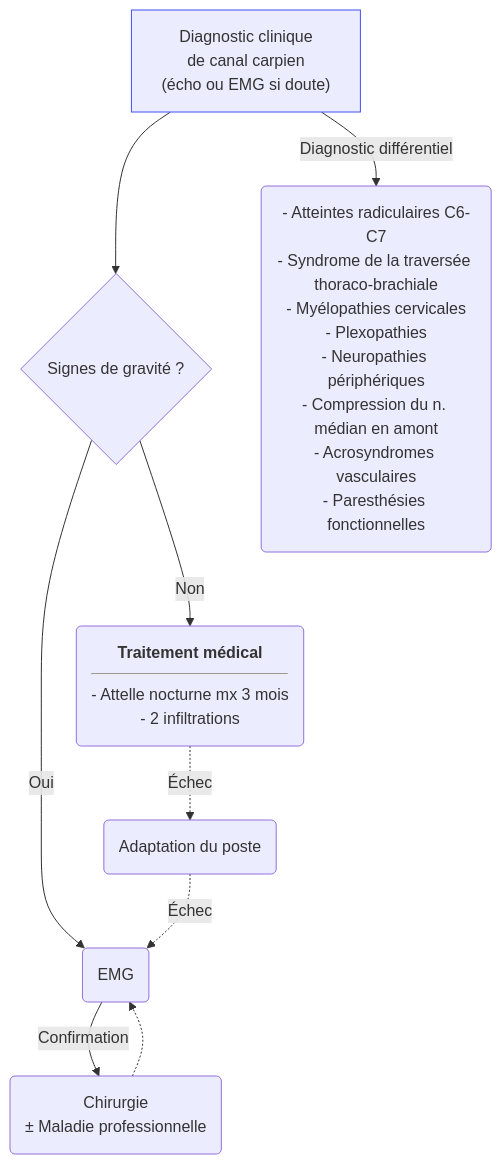
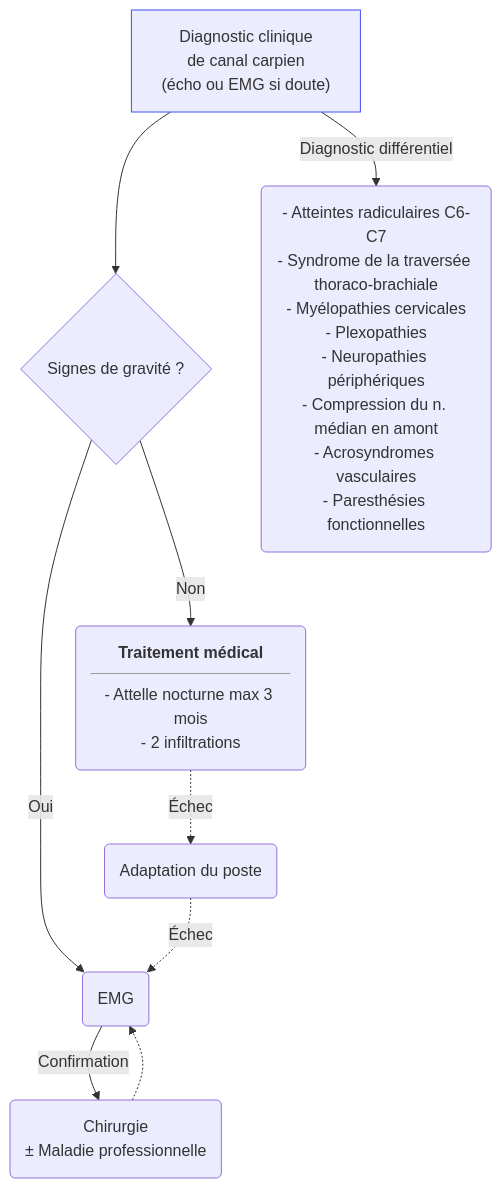
Before and after one commit to djibe/recommandations-medicales: the diagram in content/recommandations/syndrome-canal-carpien.md, drawn with Mermaid. The commit also changed 9 other files, not shown here.

```diff
--- a/content/recommandations/syndrome-canal-carpien.md
+++ b/content/recommandations/syndrome-canal-carpien.md
@@ -233,8 +233,8 @@
 {{< mermaid title="Conduite à tenir devant un syndrome du canal carpien. Dr JB Fron d'après HAS 2013 et Ameli 2021" >}}
 graph TD
 diagnostic["Diagnostic clinique<br>de canal carpien<br>(écho ou EMG si doute)"] --> gravite{Signes de gravité ?}
 style diagnostic stroke:#4150f5, stroke-width:1px
 diagnostic -- Diagnostic différentiel --> differentiel("- Atteintes radiculaires C6-C7<br>- Syndrome de la traversée thoraco-brachiale<br>- Myélopathies cervicales<br>- Plexopathies<br>- Neuropathies périphériques<br>- Compression du n. médian en amont<br>- Acrosyndromes vasculaires<br>- Paresthésies fonctionnelles")
   gravite -- Oui --> emg(EMG) -- Confirmation --> chir("Chirurgie<br>&plusmn; Maladie professionnelle") -.-> emg
-  gravite -- Non --> medical("<strong>Traitement médical</strong><hr>- Attelle nocturne mx 3 mois<br>- 2 infiltrations") -. Échec .-> medTravail(Adaptation du poste) -. Échec .-> emg
+  gravite -- Non --> medical("<strong>Traitement médical</strong><hr>- Attelle nocturne max 3 mois<br>- 2 infiltrations") -. Échec .-> medTravail(Adaptation du poste) -. Échec .-> emg
 {{< /mermaid >}}
```
